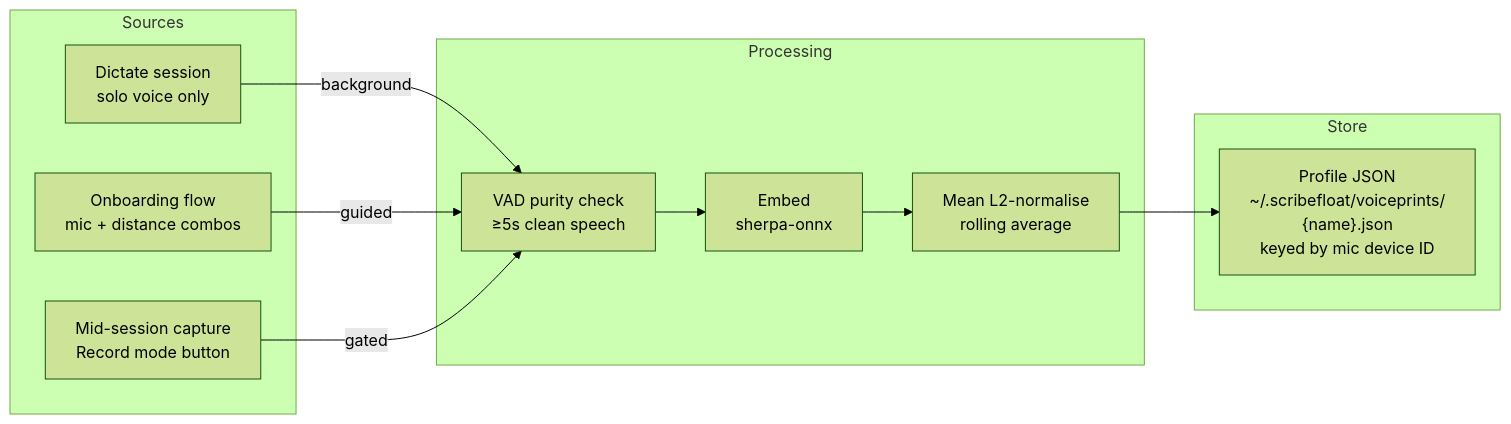
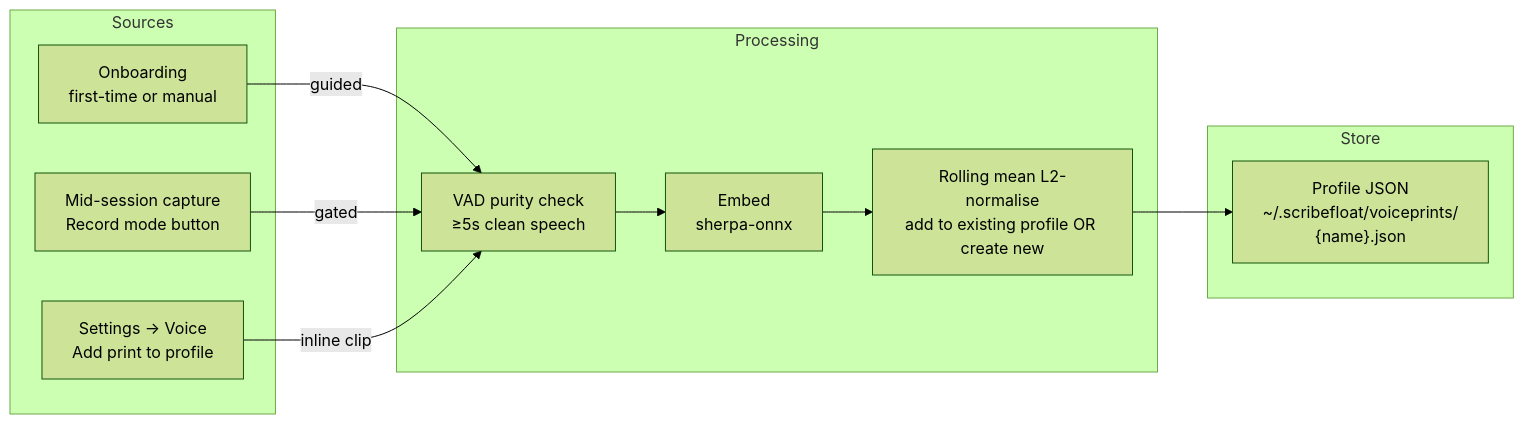
One commit to Lenniott/scribeFloat changed the third of 4 diagrams in docs/explorations/active/2026-06-23-voiceprint-engine.md. Above: the diagram before and after it, drawn with Mermaid (forest theme). The commit also changed other lines of this file and 5 other files, not shown here.

````diff
--- a/docs/explorations/active/2026-06-23-voiceprint-engine.md
+++ b/docs/explorations/active/2026-06-23-voiceprint-engine.md
@@ -82,25 +82,25 @@
 ```mermaid
 flowchart LR
     subgraph Sources
-        D[Dictate session\nsolo voice only]
-        OB[Onboarding flow\nmic + distance combos]
+        OB[Onboarding\nfirst-time or manual]
         MS[Mid-session capture\nRecord mode button]
+        SET[Settings → Voice\nAdd print to profile]
     end
 
     subgraph Processing
         VAD[VAD purity check\n≥5s clean speech]
         EMB2[Embed\nsherpa-onnx]
-        AVG[Mean L2-normalise\nrolling average]
+        AVG[Rolling mean L2-normalise\nadd to existing profile OR create new]
     end
 
     subgraph Store
-        JSON["Profile JSON\n~/.scribefloat/voiceprints/\n{name}.json\nkeyed by mic device ID"]
+        JSON["Profile JSON\n~/.scribefloat/voiceprints/\n{name}.json"]
     end
 
-    D -->|background| VAD
     OB -->|guided| VAD
     MS -->|gated| VAD
+    SET -->|inline clip| VAD
     VAD --> EMB2
     EMB2 --> AVG
     AVG --> JSON
 ```
````
